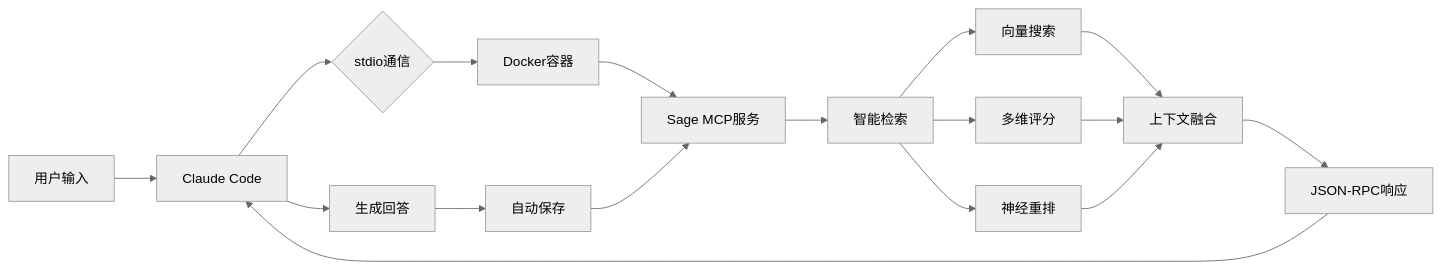
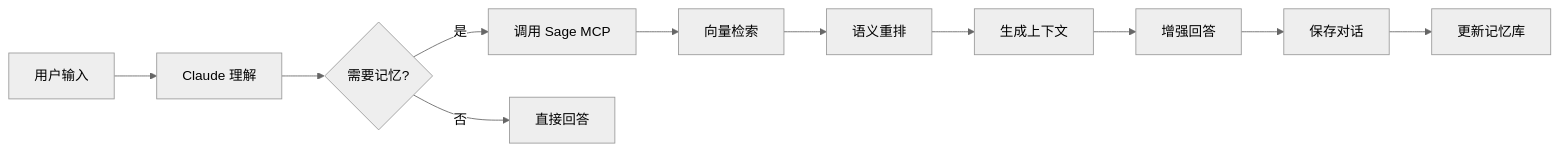
The diagram in README.md (jetgogoing/Sage), drawn with Mermaid (neutral theme) before and after one commit. The commit also changed other lines of this file and 3 other files, not shown here.

````diff
--- a/README.md
+++ b/README.md
@@ -235,19 +74,13 @@
 ```mermaid
 graph LR
-    A[用户输入] --> B[Claude Code]
-    B --> C{stdio通信}
-    C --> D[Docker容器]
-    D --> E[Sage MCP服务]
-    E --> F[智能检索]
-    F --> G[向量搜索]
-    F --> H[多维评分]
-    F --> I[神经重排]
-    G --> J[上下文融合]
-    H --> J
-    I --> J
-    J --> K[JSON-RPC响应]
-    K --> B
-    B --> L[生成回答]
-    L --> M[自动保存]
-    M --> E
+    A[用户输入] --> B[Claude 理解]
+    B --> C{需要记忆?}
+    C -->|是| D[调用 Sage MCP]
+    C -->|否| E[直接回答]
+    D --> F[向量检索]
+    F --> G[语义重排]
+    G --> H[生成上下文]
+    H --> I[增强回答]
+    I --> J[保存对话]
+    J --> K[更新记忆库]
 ```
````
